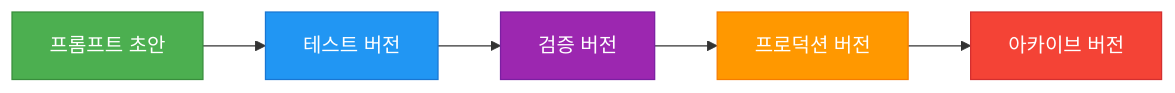
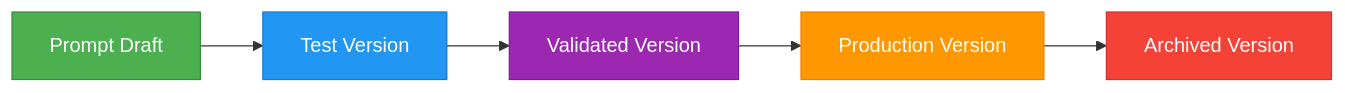
One commit to bbalganjjm/prompt-driven-development changed the third of 4 diagrams in 6.prompt-driven-development-methodology-review.md. Above: the diagram before and after it, drawn with Mermaid. The commit also changed other lines of this file and 3 other files, not shown here.

````diff
--- a/6.prompt-driven-development-methodology-review.md
+++ b/6.prompt-driven-development-methodology-review.md
@@ -146,13 +144,13 @@
 ```mermaid
 flowchart LR
-    A[프롬프트 초안] --> B[테스트 버전]
-    B --> C[검증 버전]
-    C --> D[프로덕션 버전]
-    D --> E[아카이브 버전]
+    A[Prompt Draft] --> B[Test Version]
+    B --> C[Validated Version]
+    C --> D[Production Version]
+    D --> E[Archived Version]
     
     style A fill:#4CAF50,stroke:#388E3C,color:white
     style B fill:#2196F3,stroke:#1976D2,color:white
     style C fill:#9C27B0,stroke:#7B1FA2,color:white
     style D fill:#FF9800,stroke:#F57C00,color:white
     style E fill:#F44336,stroke:#D32F2F,color:white
 ```
````
